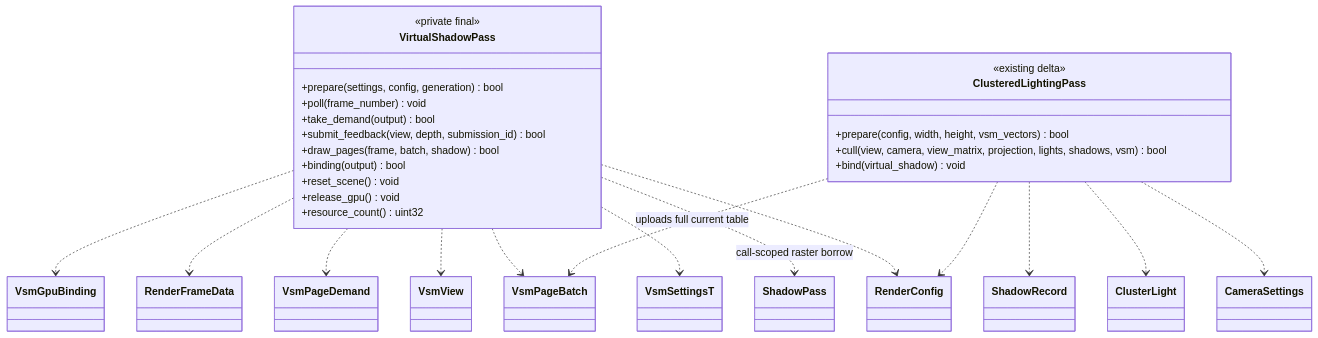
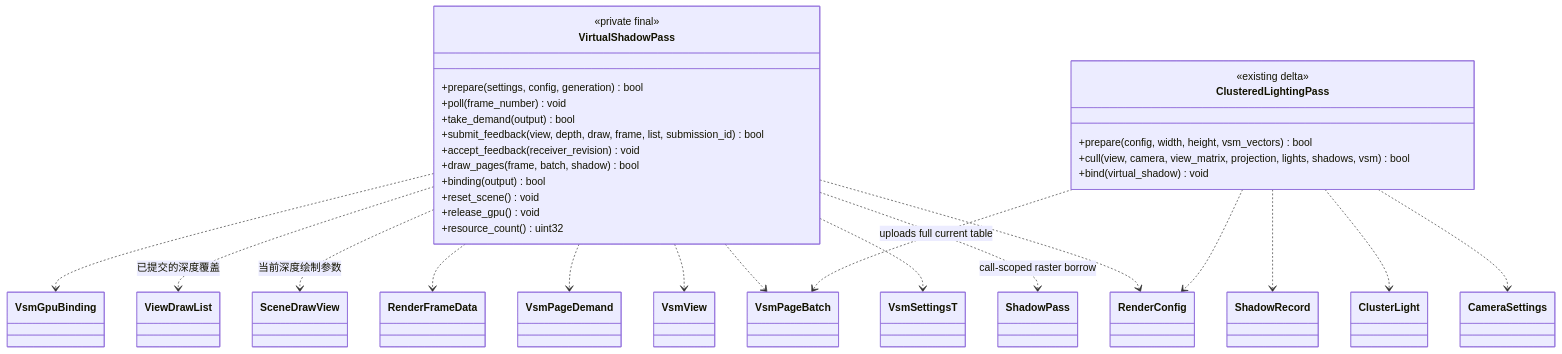
Before and after one commit to lcgamedevelop/Engine: the fourth of 5 diagrams in docs/runtime/class-diagrams/virtual-shadow-maps.md, drawn with Mermaid. The commit also changed other lines of this file and 17 other files, not shown here.

Commit message:
Reuse VSM feedback and conventional shadow atlas pages

````diff
--- a/docs/runtime/class-diagrams/virtual-shadow-maps.md
+++ b/docs/runtime/class-diagrams/virtual-shadow-maps.md
@@ -250,46 +250,51 @@
 ```mermaid
 classDiagram
 direction TB
 class VirtualShadowPass {
     <<private final>>
     +prepare(settings, config, generation) bool
     +poll(frame_number) void
     +take_demand(output) bool
-    +submit_feedback(view, depth, submission_id) bool
+    +submit_feedback(view, depth, draw, frame, list, submission_id) bool
+    +accept_feedback(receiver_revision) void
     +draw_pages(frame, batch, shadow) bool
     +binding(output) bool
     +reset_scene() void
     +release_gpu() void
     +resource_count() uint32
 }
 class ShadowPass
 class VsmSettingsT
 class RenderConfig
 class VsmView
 class VsmPageDemand
 class VsmPageBatch
 class RenderFrameData
+class SceneDrawView
+class ViewDrawList
 class VsmGpuBinding
 class ClusteredLightingPass {
     <<existing delta>>
     +prepare(config, width, height, vsm_vectors) bool
     +cull(view, camera, view_matrix, projection, lights, shadows, vsm) bool
     +bind(virtual_shadow) void
 }
 class CameraSettings
 class ClusterLight
 class ShadowRecord
 VirtualShadowPass ..> ShadowPass : call-scoped raster borrow
 VirtualShadowPass ..> VsmSettingsT
 VirtualShadowPass ..> RenderConfig
 VirtualShadowPass ..> VsmView
 VirtualShadowPass ..> VsmPageDemand
 VirtualShadowPass ..> VsmPageBatch
 VirtualShadowPass ..> RenderFrameData
+VirtualShadowPass ..> SceneDrawView : 当前深度绘制参数
+VirtualShadowPass ..> ViewDrawList : 已提交的深度覆盖
 VirtualShadowPass ..> VsmGpuBinding
 ClusteredLightingPass ..> RenderConfig
 ClusteredLightingPass ..> CameraSettings
 ClusteredLightingPass ..> ClusterLight
 ClusteredLightingPass ..> ShadowRecord
 ClusteredLightingPass ..> VsmPageBatch : uploads full current table
 ```
````
